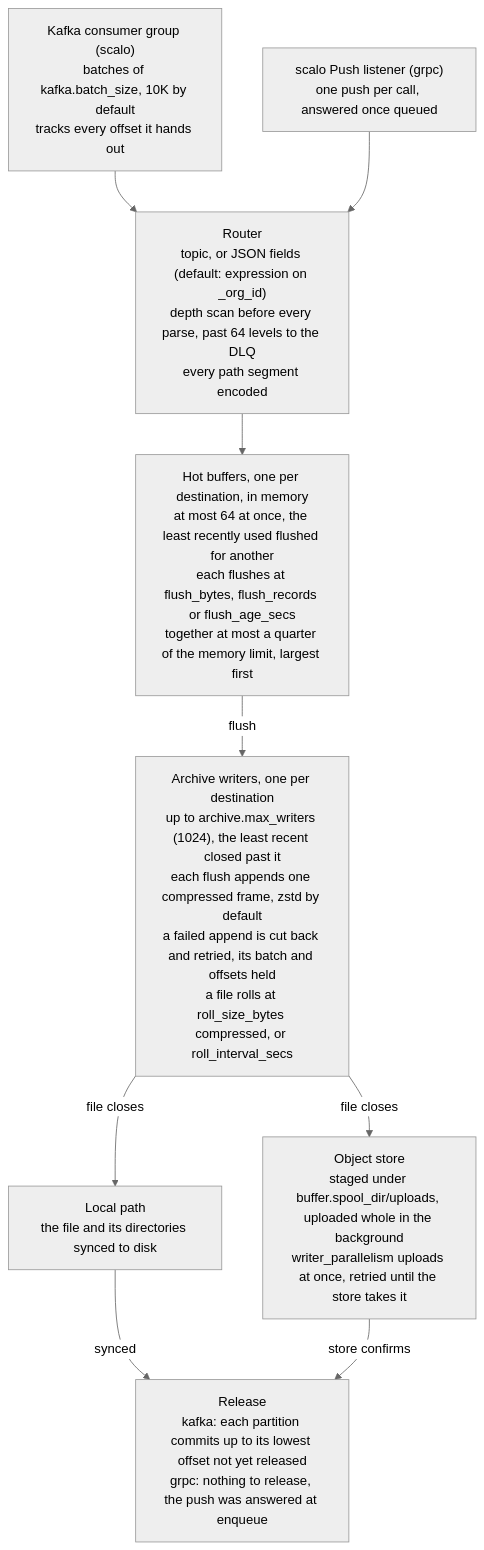
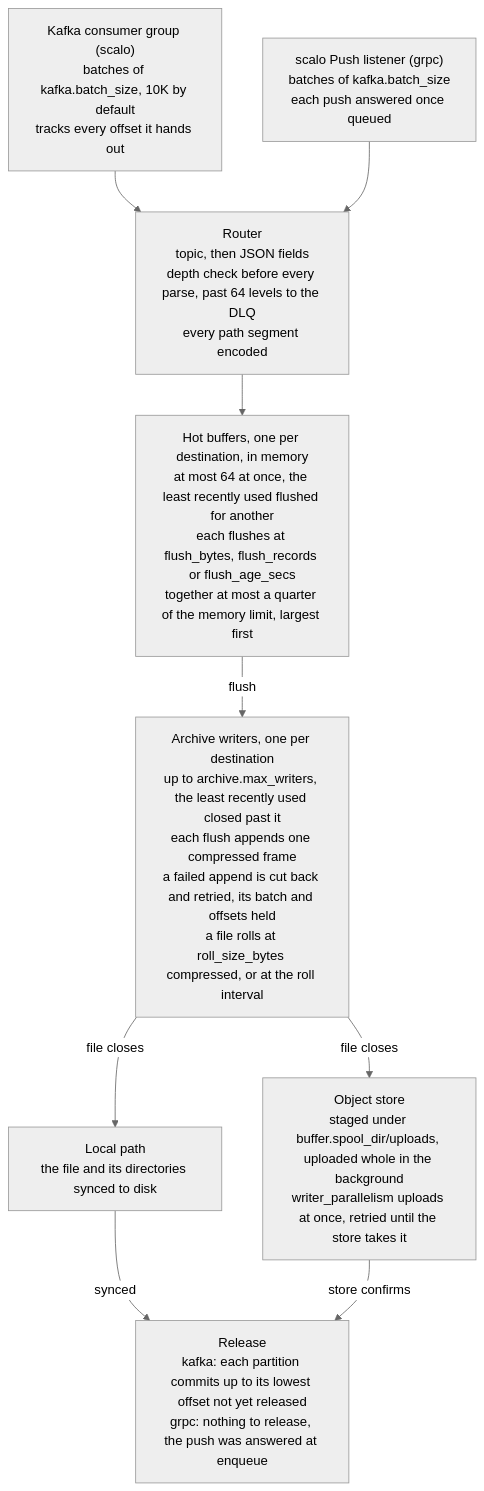
One commit to hyperi-io/dfe-archiver changed the diagram in docs/internals.md. Above: the diagram before and after it, drawn with Mermaid (neutral theme). The commit also changed other lines of this file and 13 other files, not shown here.

````diff
--- a/docs/internals.md
+++ b/docs/internals.md
@@ -60,19 +17,19 @@
 ```mermaid
 flowchart TB
     K["Kafka consumer group (scalo)<br/>batches of kafka.batch_size, 10K by default<br/>tracks every offset it hands out"]
-    P["scalo Push listener (grpc)<br/>one push per call, answered once queued"]
-    R["Router<br/>topic, or JSON fields (default: expression on _org_id)<br/>depth scan before every parse, past 64 levels to the DLQ<br/>every path segment encoded"]
+    P["scalo Push listener (grpc)<br/>batches of kafka.batch_size<br/>each push answered once queued"]
+    R["Router<br/>topic, then JSON fields<br/>depth check before every parse, past 64 levels to the DLQ<br/>every path segment encoded"]
     H["Hot buffers, one per destination, in memory<br/>at most 64 at once, the least recently used flushed for another<br/>each flushes at flush_bytes, flush_records or flush_age_secs<br/>together at most a quarter of the memory limit, largest first"]
-    W["Archive writers, one per destination<br/>up to archive.max_writers (1024), the least recent closed past it<br/>each flush appends one compressed frame, zstd by default<br/>a failed append is cut back and retried, its batch and offsets held<br/>a file rolls at roll_size_bytes compressed, or roll_interval_secs"]
+    W["Archive writers, one per destination<br/>up to archive.max_writers, the least recently used closed past it<br/>each flush appends one compressed frame<br/>a failed append is cut back and retried, its batch and offsets held<br/>a file rolls at roll_size_bytes compressed, or at the roll interval"]
     L["Local path<br/>the file and its directories synced to disk"]
     S["Object store<br/>staged under buffer.spool_dir/uploads, uploaded whole in the background<br/>writer_parallelism uploads at once, retried until the store takes it"]
     C["Release<br/>kafka: each partition commits up to its lowest offset not yet released<br/>grpc: nothing to release, the push was answered at enqueue"]
     K --> R
     P --> R
     R --> H
     H -->|flush| W
     W -->|file closes| L
     W -->|file closes| S
     L -->|synced| C
     S -->|store confirms| C
 ```
````
